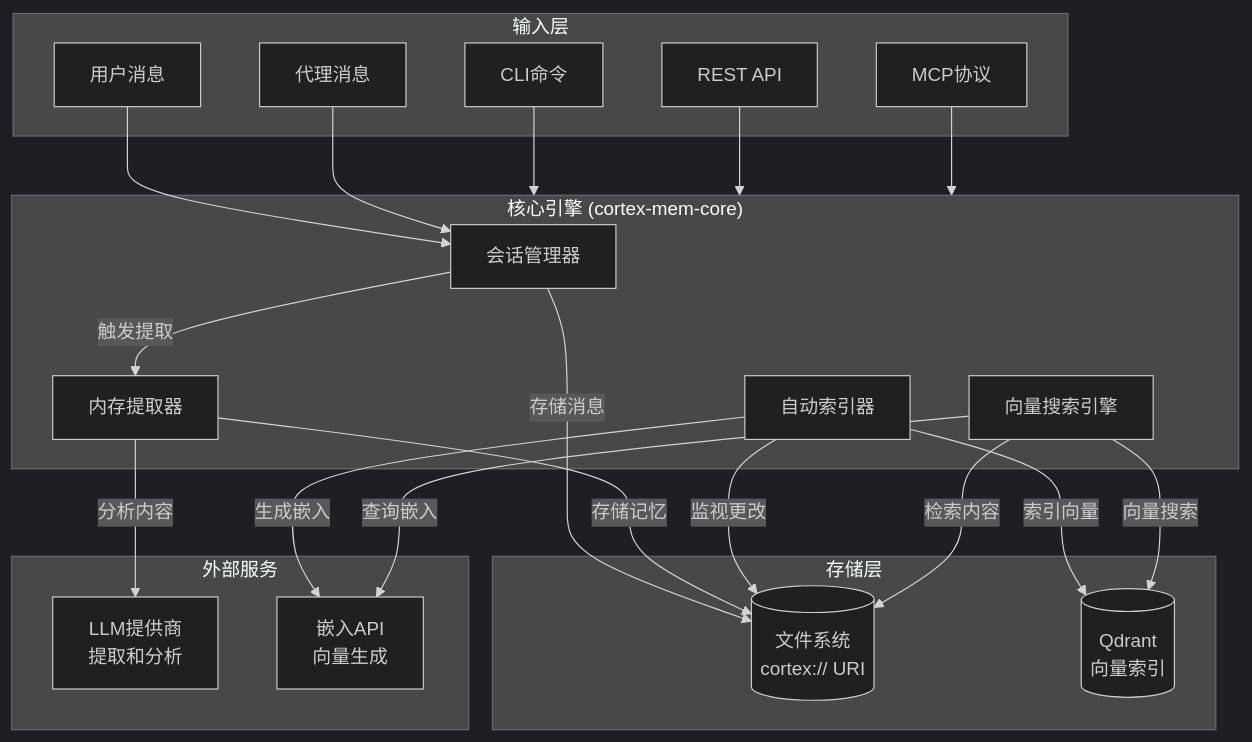
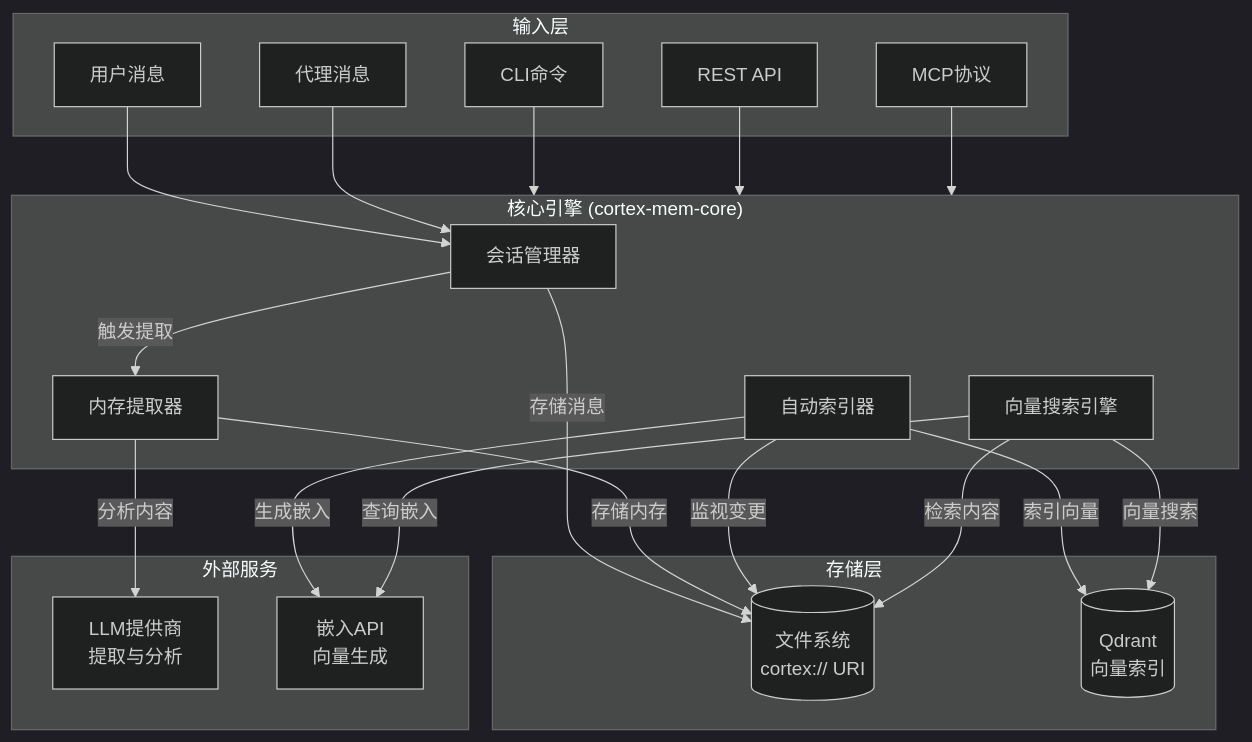
Before and after one commit to sopaco/cortex-mem: the third of 3 diagrams in README_zh.md, drawn with Mermaid (dark theme). The commit also changed other lines of this file and 9 other files, not shown here.

````diff
--- a/README_zh.md
+++ b/README_zh.md
@@ -278,47 +345,47 @@
 ```mermaid
 flowchart TB
     subgraph Input["输入层"]
         User[用户消息]
         Agent[代理消息]
         CLI[CLI命令]
         API[REST API]
         MCP[MCP协议]
     end
 
     subgraph Core["核心引擎 (cortex-mem-core)"]
         Session[会话管理器]
         Extractor[内存提取器]
         Indexer[自动索引器]
         Search[向量搜索引擎]
     end
 
     subgraph Storage["存储层"]
         FS[(文件系统<br/>cortex:// URI)]
         Qdrant[(Qdrant<br/>向量索引)]
     end
 
     subgraph External["外部服务"]
-        LLM[LLM提供商<br/>提取和分析]
+        LLM[LLM提供商<br/>提取与分析]
         Embed[嵌入API<br/>向量生成]
     end
 
     User --> Session
     Agent --> Session
     CLI --> Core
     API --> Core
     MCP --> Core
 
     Session -->|存储消息| FS
     Session -->|触发提取| Extractor
     
     Extractor -->|分析内容| LLM
-    Extractor -->|存储记忆| FS
+    Extractor -->|存储内存| FS
     
-    Indexer -->|监视更改| FS
+    Indexer -->|监视变更| FS
     Indexer -->|生成嵌入| Embed
     Indexer -->|索引向量| Qdrant
     
     Search -->|查询嵌入| Embed
     Search -->|向量搜索| Qdrant
     Search -->|检索内容| FS
 ```
````
